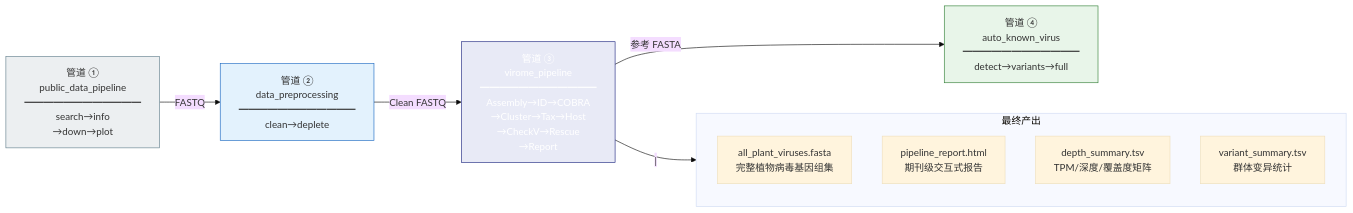
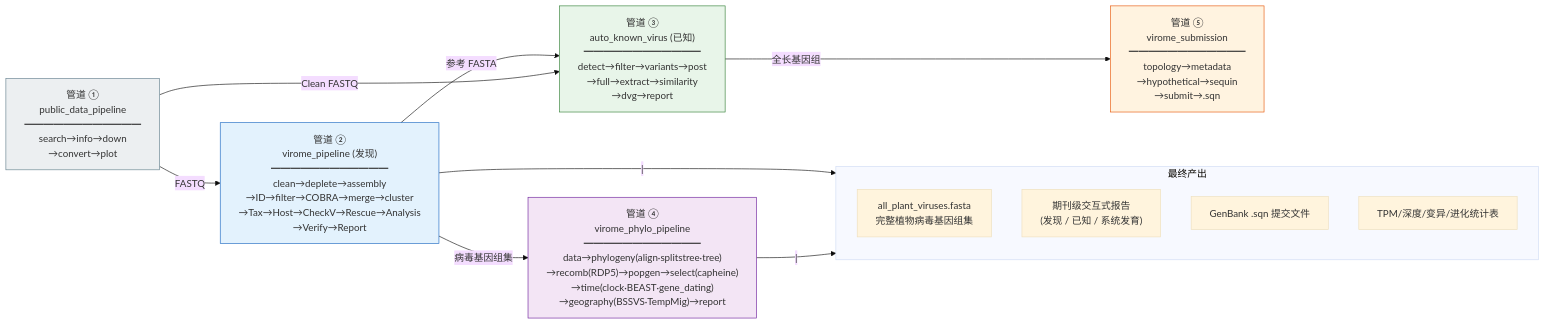
The sixth of 6 diagrams in doc/MMPV-RNA_pipelines_flow.md (zhangwenda0518/MMPV-RNA), drawn with Mermaid (base theme) before and after one commit. The commit also changed other lines of this file and 1041 other files, not shown here.

````diff
--- a/doc/MMPV-RNA_pipelines_flow.md
+++ b/doc/MMPV-RNA_pipelines_flow.md
@@ -189,23 +219,26 @@
 ```mermaid
 flowchart LR
-    P1["管道 ①<br/>public_data_pipeline<br/>━━━━━━━━━━━━<br/>search→info<br/>→down→plot"] -->|"FASTQ"| P2["管道 ②<br/>data_preprocessing<br/>━━━━━━━━━━━━<br/>clean→deplete"]
+    P1["管道 ①<br/>public_data_pipeline<br/>━━━━━━━━━━━━<br/>search→info→down<br/>→convert→plot"] -->|"FASTQ"| P2["管道 ②<br/>virome_pipeline (发现)<br/>━━━━━━━━━━━━<br/>clean→deplete→assembly<br/>→ID→filter→COBRA→merge→cluster<br/>→Tax→Host→CheckV→Rescue→Analysis<br/>→Verify→Report"]
 
-    P2 -->|"Clean FASTQ"| P3["管道 ③<br/>virome_pipeline<br/>━━━━━━━━━━━━<br/>Assembly→ID→COBRA<br/>→Cluster→Tax→Host<br/>→CheckV→Rescue<br/>→Report"]
+    P2 -->|"参考 FASTA"| P3["管道 ③<br/>auto_known_virus (已知)<br/>━━━━━━━━━━━━<br/>detect→filter→variants→post<br/>→full→extract→similarity<br/>→dvg→report"]
+    P1 -->|"Clean FASTQ"| P3
+    P2 -->|"病毒基因组集"| P4["管道 ④<br/>virome_phylo_pipeline<br/>━━━━━━━━━━━━<br/>data→phylogeny(align·splitstree·tree)<br/>→recomb(RDP5)→popgen→select(capheine)<br/>→time(clock·BEAST·gene_dating)<br/>→geography(BSSVS·TempMig)→report"]
+    P3 -->|"全长基因组"| P5["管道 ⑤<br/>virome_submission<br/>━━━━━━━━━━━━<br/>topology→metadata<br/>→hypothetical→sequin<br/>→submit→.sqn"]
 
-    P3 -->|"参考 FASTA"| P4["管道 ④<br/>auto_known_virus<br/>━━━━━━━━━━━━<br/>detect→variants→full"]
-
-    P3 -->|"|"| OUT
+    P2 -->|"|"| OUT
+    P4 -->|"|"| OUT
 
     subgraph OUT["最终产出"]
         direction TB
         O1["all_plant_viruses.fasta<br/>完整植物病毒基因组集"]
-        O2["pipeline_report.html<br/>期刊级交互式报告"]
-        O3["depth_summary.tsv<br/>TPM/深度/覆盖度矩阵"]
-        O4["variant_summary.tsv<br/>群体变异统计"]
+        O2["期刊级交互式报告<br/>(发现 / 已知 / 系统发育)"]
+        O3["GenBank .sqn 提交文件"]
+        O4["TPM/深度/变异/进化统计表"]
     end
 
     style P1 fill:#eceff1,stroke:#607d8b,color:#333
     style P2 fill:#e3f2fd,stroke:#1565c0,color:#333
-    style P3 fill:#e8eaf6,stroke:#1a237e,color:#fff
-    style P4 fill:#e8f5e9,stroke:#2e7d32,color:#333
+    style P3 fill:#e8f5e9,stroke:#2e7d32,color:#333
+    style P4 fill:#f3e5f5,stroke:#6a1b9a,color:#333
+    style P5 fill:#fff3e0,stroke:#e65100,color:#333
 ```
````
